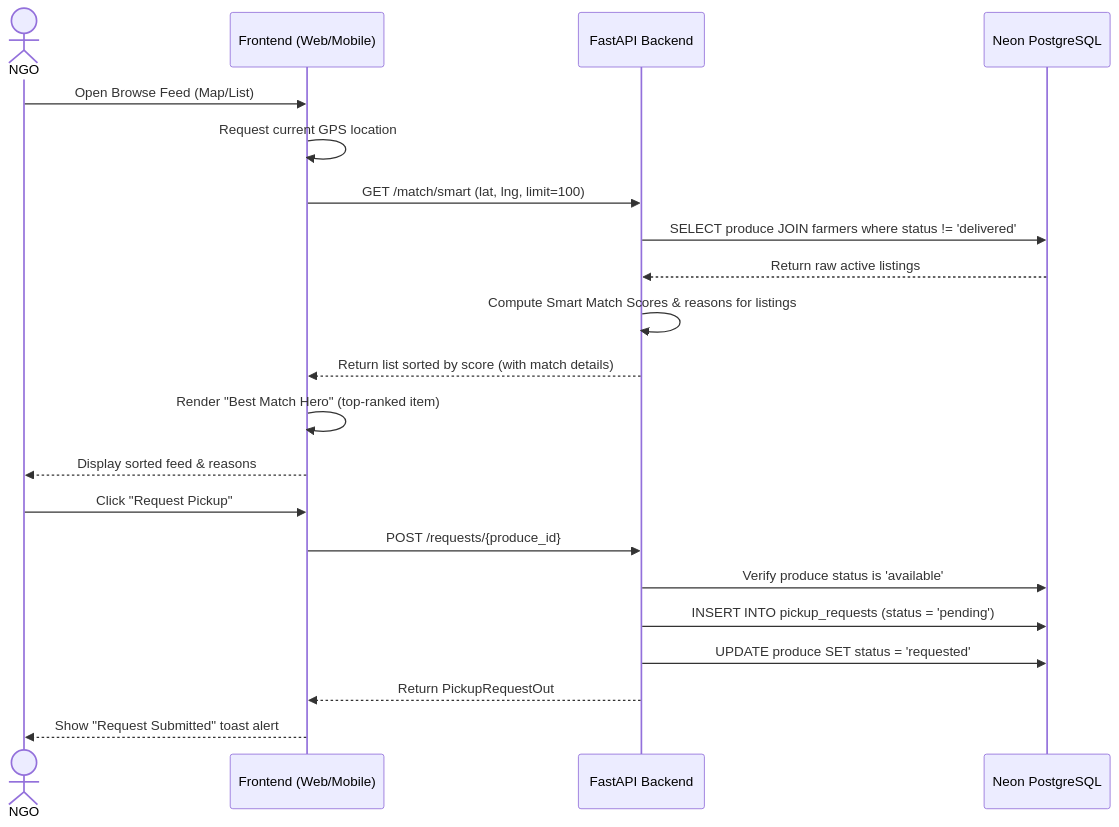
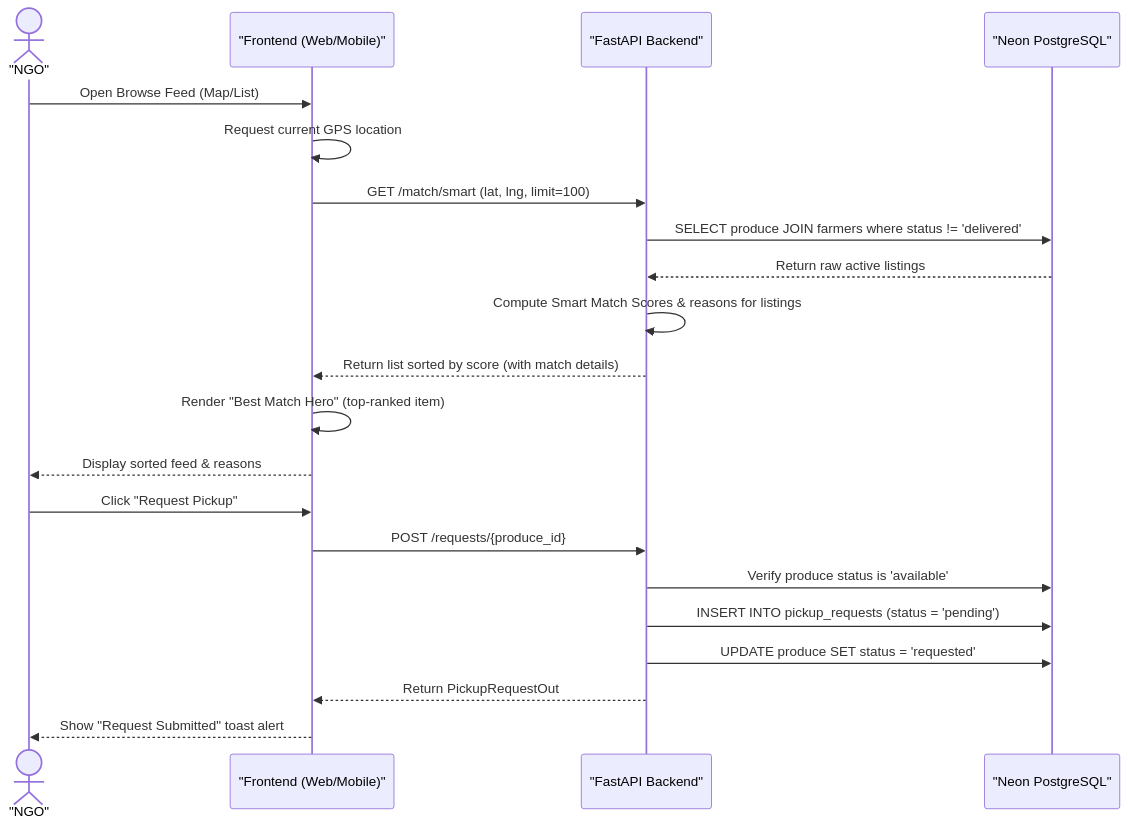
The third of 5 diagrams in project_overview_presentation.md (raza-shaikh-ai/Team-Core-4), drawn with Mermaid before and after one commit. The commit also changed other lines of this file and 19 other files, not shown here.

````diff
--- a/project_overview_presentation.md
+++ b/project_overview_presentation.md
@@ -152,24 +158,24 @@
 ```mermaid
 sequenceDiagram
-    actor NGO
-    participant FE as Frontend (Web/Mobile)
-    participant BE as FastAPI Backend
-    participant DB as Neon PostgreSQL
+    actor NGO as "NGO"
+    participant FE as "Frontend (Web/Mobile)"
+    participant BE as "FastAPI Backend"
+    participant DB as "Neon PostgreSQL"
 
     NGO->>FE: Open Browse Feed (Map/List)
     FE->>FE: Request current GPS location
     FE->>BE: GET /match/smart (lat, lng, limit=100)
     BE->>DB: SELECT produce JOIN farmers where status != 'delivered'
     DB-->>BE: Return raw active listings
     BE->>BE: Compute Smart Match Scores & reasons for listings
     BE-->>FE: Return list sorted by score (with match details)
     FE->>FE: Render "Best Match Hero" (top-ranked item)
     FE-->>NGO: Display sorted feed & reasons
     NGO->>FE: Click "Request Pickup"
     FE->>BE: POST /requests/{produce_id}
     BE->>DB: Verify produce status is 'available'
     BE->>DB: INSERT INTO pickup_requests (status = 'pending')
     BE->>DB: UPDATE produce SET status = 'requested'
     BE-->>FE: Return PickupRequestOut
     FE-->>NGO: Show "Request Submitted" toast alert
 ```
````
